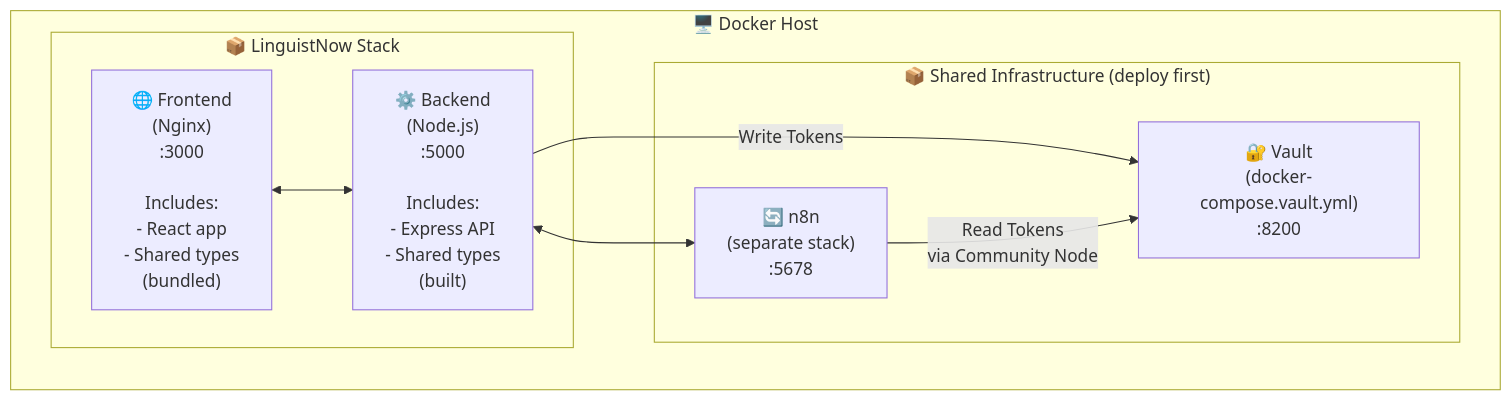
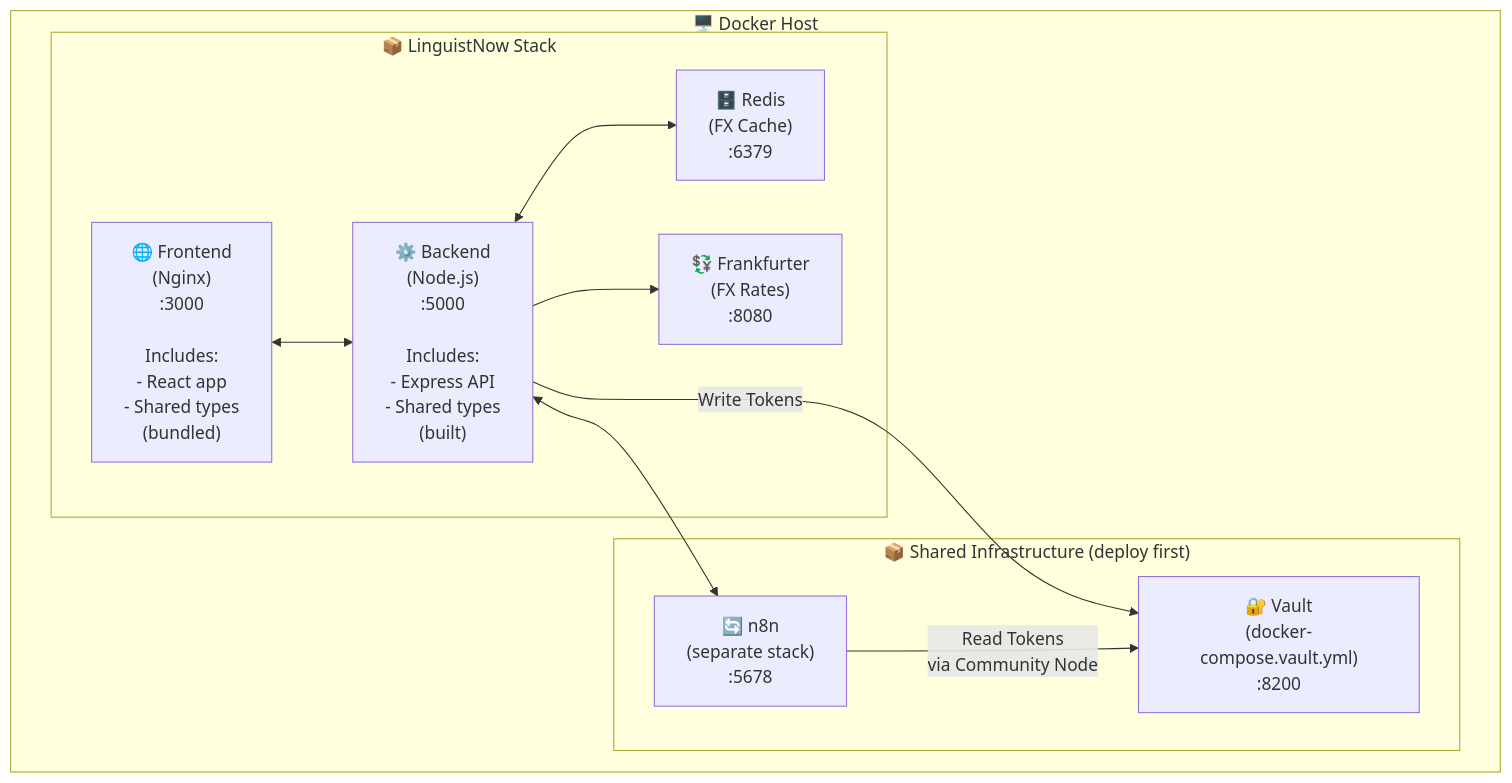
The first of 2 diagrams in docs/deployment/deploy-app-to-production.md (nicmart-dev/linguistnow), drawn with Mermaid before and after one commit. The commit also changed other lines of this file, not shown here.

````diff
--- a/docs/deployment/deploy-app-to-production.md
+++ b/docs/deployment/deploy-app-to-production.md
@@ -50,18 +50,22 @@
 ```mermaid
 flowchart TB
     subgraph Host["🖥️ Docker Host"]
         subgraph SharedInfra["📦 Shared Infrastructure (deploy first)"]
             Vault["🔐 Vault<br/>(docker-compose.vault.yml)<br/>:8200"]
             N8N["🔄 n8n<br/>(separate stack)<br/>:5678"]
         end
         subgraph LinguistNow["📦 LinguistNow Stack"]
             Frontend["🌐 Frontend<br/>(Nginx)<br/>:3000<br/><br/>Includes:<br/>- React app<br/>- Shared types<br/>(bundled)"]
             Backend["⚙️ Backend<br/>(Node.js)<br/>:5000<br/><br/>Includes:<br/>- Express API<br/>- Shared types<br/>(built)"]
+            Redis["🗄️ Redis<br/>(FX Cache)<br/>:6379"]
+            Frankfurter["💱 Frankfurter<br/>(FX Rates)<br/>:8080"]
         end
     end
 
     Frontend <--> Backend
     Backend <--> N8N
     Backend -->|Write Tokens| Vault
     N8N -->|Read Tokens<br/>via Community Node| Vault
+    Backend <--> Redis
+    Backend --> Frankfurter
 ```
````
